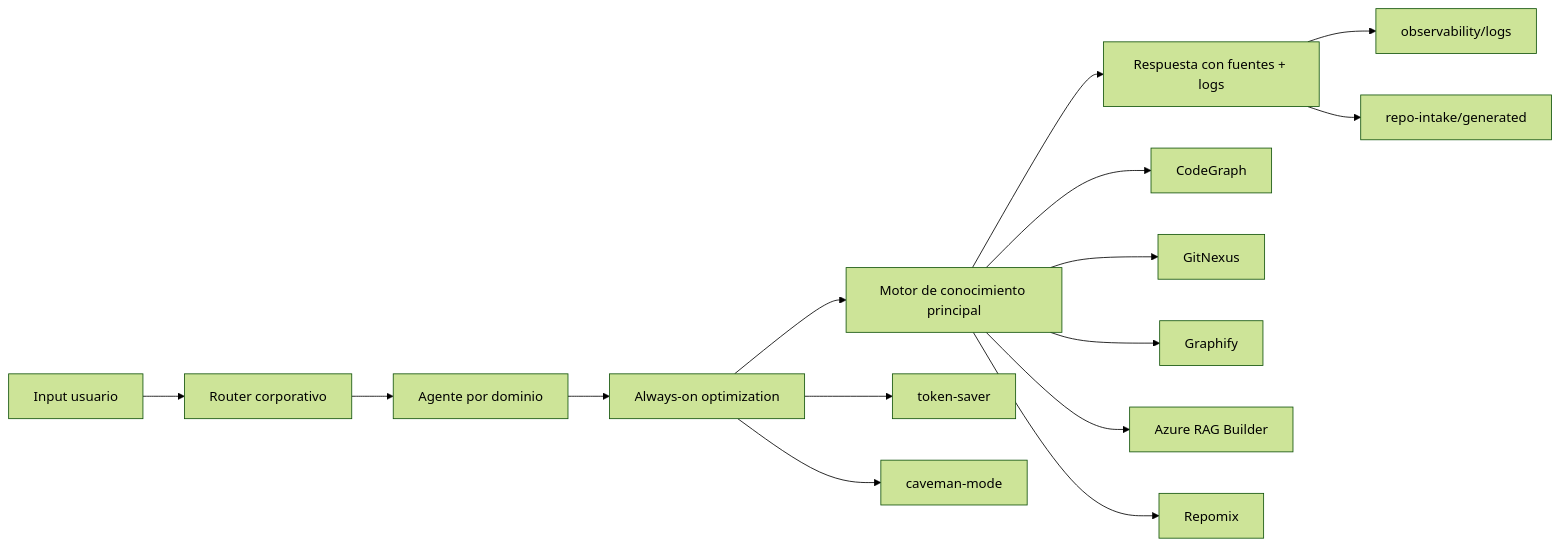
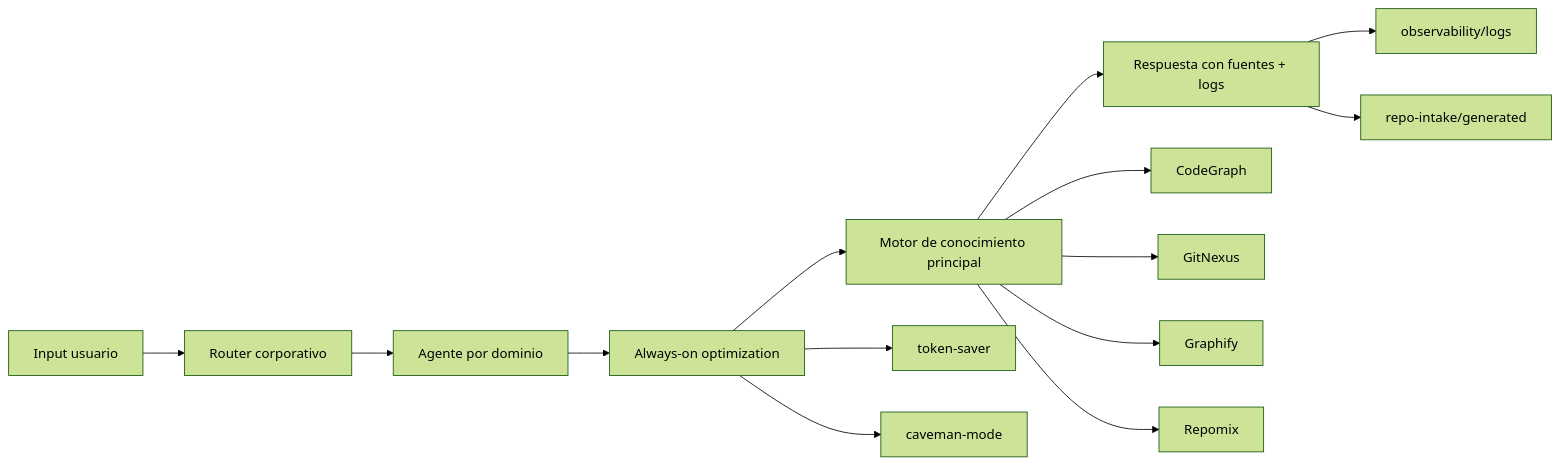
Before and after one commit to Sertxito/mcp-efficiency-engine: the first of 10 diagrams in README.md, drawn with Mermaid (forest theme). The commit also changed other lines of this file and 19 other files, not shown here.

````diff
--- a/README.md
+++ b/README.md
@@ -28,20 +28,19 @@
 ```mermaid
 flowchart LR
   U[Input usuario] --> R[Router corporativo]
   R --> A[Agente por dominio]
   A --> O[Always-on optimization]
   O --> E[Motor de conocimiento principal]
   E --> X[Respuesta con fuentes + logs]
 
   O --> TS[token-saver]
   O --> CV[caveman-mode]
 
   E --> CG[CodeGraph]
   E --> GN[GitNexus]
   E --> GF[Graphify]
-  E --> AZ[Azure RAG Builder]
   E --> RP[Repomix]
 
   X --> OBS[observability/logs]
   X --> INT[repo-intake/generated]
 ```
````
